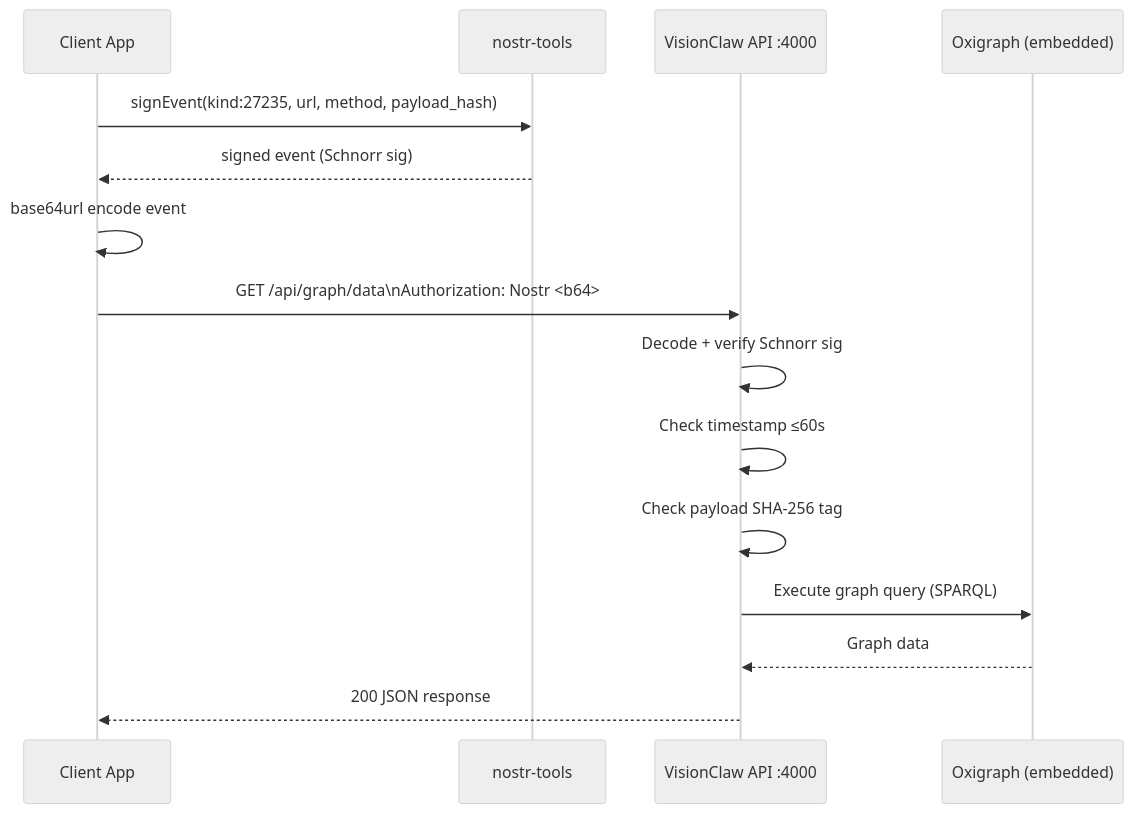
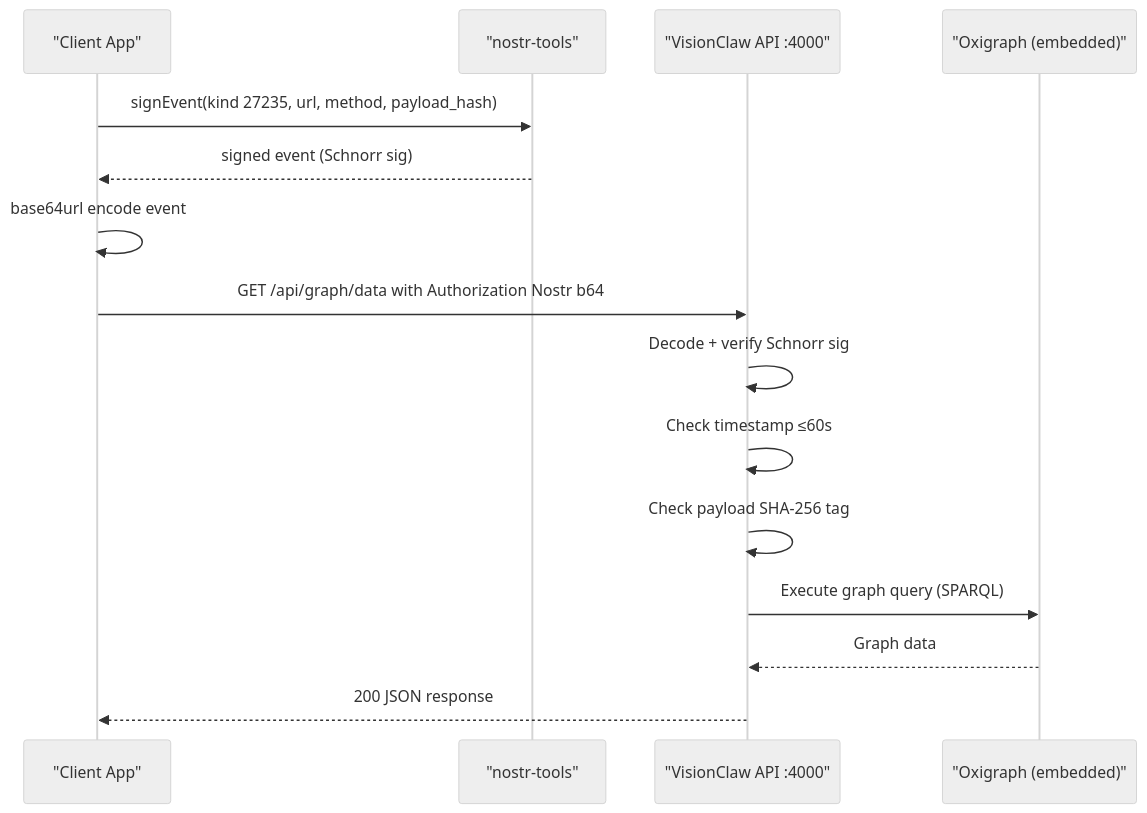
The second of 3 diagrams in docs/how-to/rest-api-usage.md (DreamLab-AI/AR-AI-Knowledge-Graph), drawn with Mermaid (neutral theme) before and after one commit. The commit also changed other lines of this file and 455 other files, not shown here.

````diff
--- a/docs/how-to/rest-api-usage.md
+++ b/docs/how-to/rest-api-usage.md
@@ -50,18 +50,18 @@
 ```mermaid
 sequenceDiagram
-    participant App as Client App
-    participant Nostr as nostr-tools
-    participant API as VisionClaw API :4000
-    participant Store as Oxigraph (embedded)
+    participant App as "Client App"
+    participant Nostr as "nostr-tools"
+    participant API as "VisionClaw API :4000"
+    participant Store as "Oxigraph (embedded)"
 
-    App->>Nostr: signEvent(kind:27235, url, method, payload_hash)
+    App->>Nostr: signEvent(kind 27235, url, method, payload_hash)
     Nostr-->>App: signed event (Schnorr sig)
     App->>App: base64url encode event
-    App->>API: GET /api/graph/data\nAuthorization: Nostr <b64>
+    App->>API: GET /api/graph/data with Authorization Nostr b64
     API->>API: Decode + verify Schnorr sig
     API->>API: Check timestamp ≤60s
     API->>API: Check payload SHA-256 tag
     API->>Store: Execute graph query (SPARQL)
     Store-->>API: Graph data
     API-->>App: 200 JSON response
 ```
````
